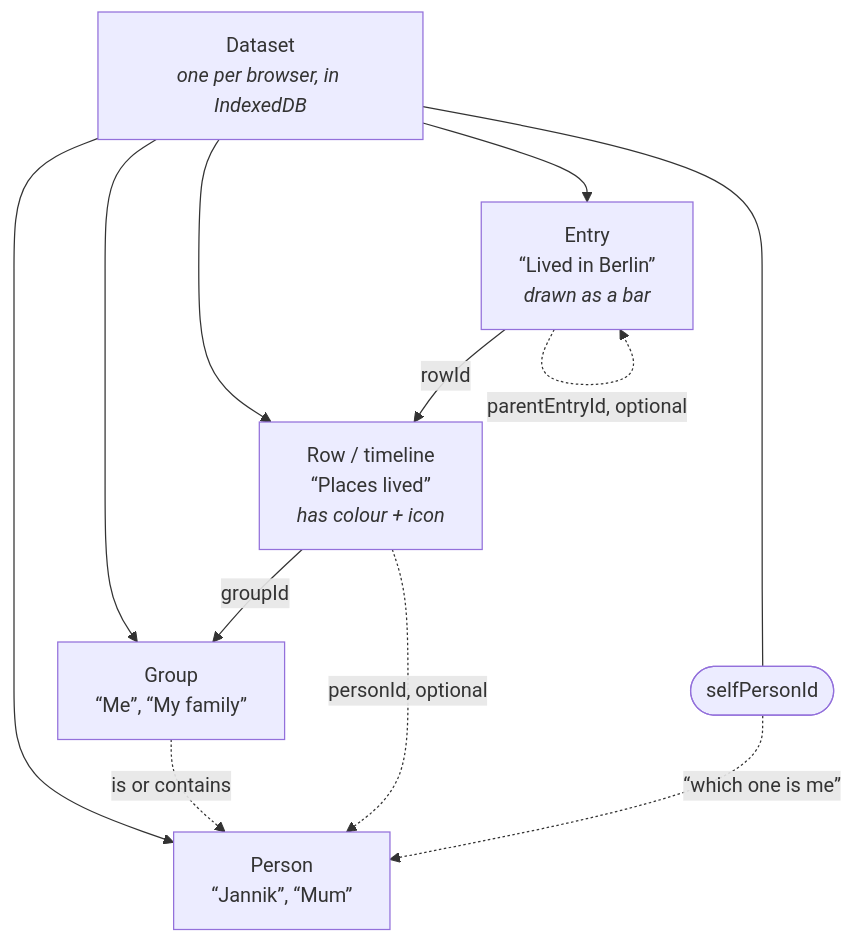
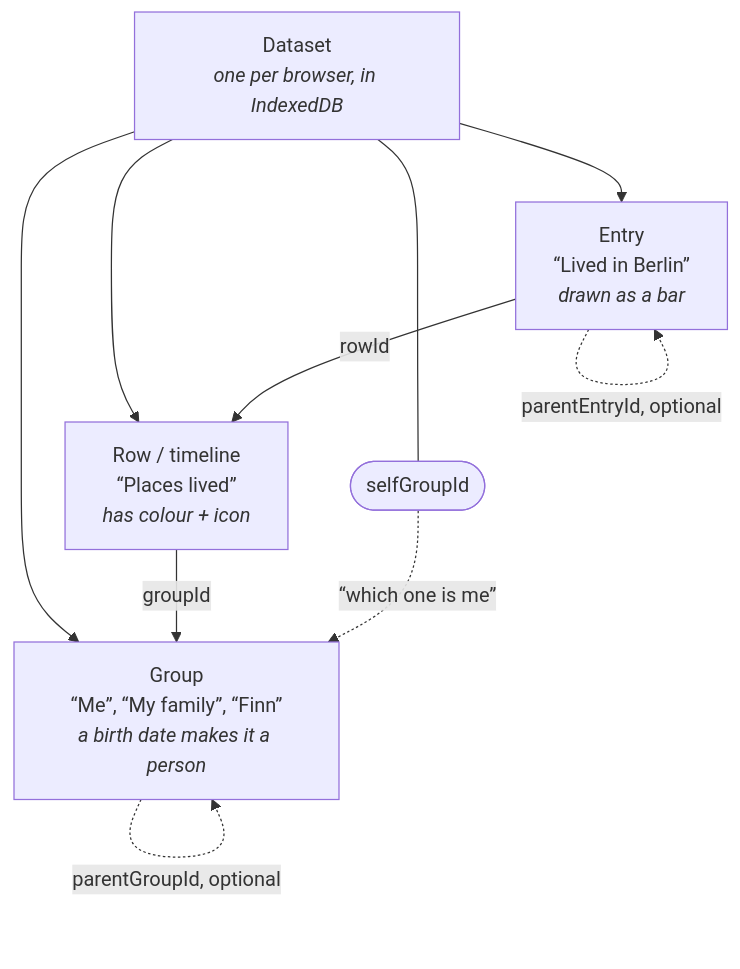
Before and after one commit to JannikArndt/Chronicle: the first of 2 diagrams in docs/GLOSSARY.md, drawn with Mermaid. The commit also changed other lines of this file and 4 other files, not shown here.

````diff
--- a/docs/GLOSSARY.md
+++ b/docs/GLOSSARY.md
@@ -10,17 +10,15 @@
 ```mermaid
 graph TD
     D[Dataset<br/><i>one per browser, in IndexedDB</i>]
-    D --> P[Person<br/>“Jannik”, “Mum”]
-    D --> G[Group<br/>“Me”, “My family”]
+    D --> G[Group<br/>“Me”, “My family”, “Finn”<br/><i>a birth date makes it a person</i>]
     D --> R[Row / timeline<br/>“Places lived”<br/><i>has colour + icon</i>]
     D --> E[Entry<br/>“Lived in Berlin”<br/><i>drawn as a bar</i>]
 
     E -->|rowId| R
     R -->|groupId| G
-    R -.->|personId, optional| P
-    G -.->|is or contains| P
+    G -.->|parentGroupId, optional| G
     E -.->|parentEntryId, optional| E
 
-    S([selfPersonId]) -.->|“which one is me”| P
+    S([selfGroupId]) -.->|“which one is me”| G
     D --- S
 ```
````
